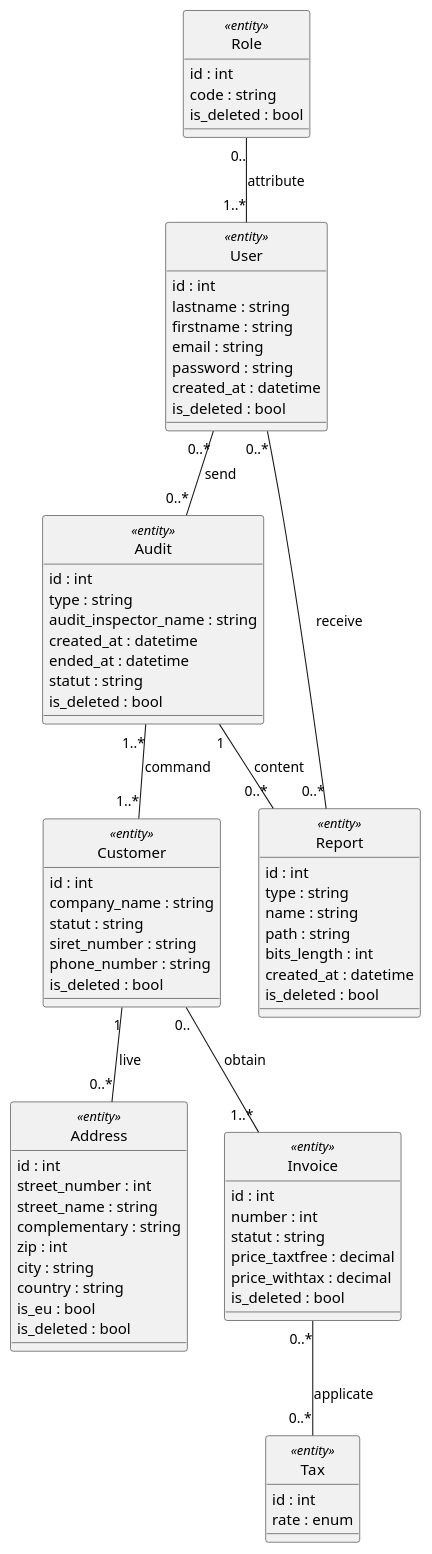
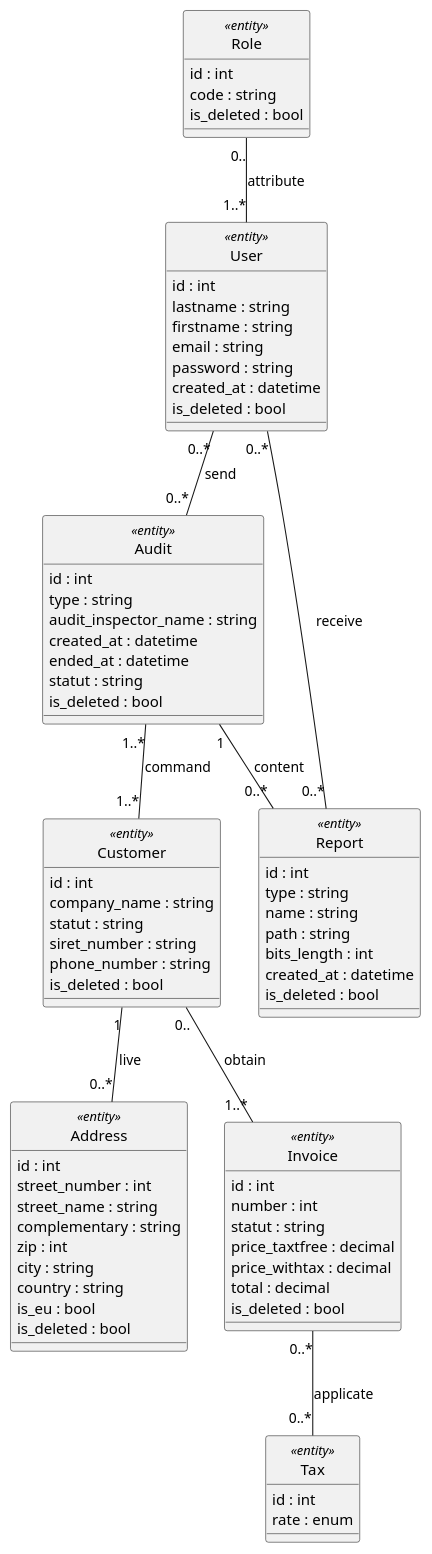
Before and after one commit to PatrickBevis/cassandra-project: the diagram in conception/casandrav1MCD.puml, drawn with PlantUML. The commit also changed 1 other file, not shown here.

```diff
--- a/conception/casandrav1MCD.puml
+++ b/conception/casandrav1MCD.puml
@@ -1,94 +1,95 @@
 @startuml Cassandra
 hide circle
 skinparam classAttributeIconSize 0
 
 
 ''''''''''Référentiels'''''''''
 
 class Role <<entity>> {
   id : int
   code : string
   is_deleted : bool
 }
 
 class User <<entity>> {
   id : int
   lastname : string
   firstname : string
   email : string
   password : string
   created_at : datetime
   is_deleted : bool
 }
 
 
 ''''''''''' Métier''''''''''
 
 class Address <<entity>> {
   id : int
   street_number : int
   street_name : string
   complementary : string
   zip : int
   city : string
   country : string
   is_eu : bool
   is_deleted : bool
 }
 
 class Customer <<entity>> {
   id : int
   company_name : string
   statut : string
   siret_number : string
   phone_number : string
   is_deleted : bool
 }
 
 class Invoice <<entity>> {
   id : int
   number : int
   statut : string
   price_taxtfree : decimal
   price_withtax : decimal
+  total : decimal
   is_deleted : bool
 }
 
 class Tax <<entity>> {
   id : int
   rate : enum
 }
 
 class Audit <<entity>> {
   id : int
   type : string
   audit_inspector_name : string
   created_at : datetime
   ended_at : datetime
   statut : string
   is_deleted : bool
 }
 
 class Report <<entity>> {
   id : int
   type : string
   name : string
   path : string
   bits_length : int
   created_at : datetime
   is_deleted : bool
 }
 
 
 '''''''''''''Relations'''''''''''''
 
 Role     "0.."   -- "1..*" User     : attribute
 User     "0..*"  -- "0..*" Audit    : send
 User     "0..*"  -- "0..*" Report   : receive
 Audit    "1"     -- "0..*" Report   : content
 Audit    "1..*"  -- "1..*" Customer : command
 Customer "1"     -- "0..*" Address  : live
 Customer "0.."   -- "1..*" Invoice  : obtain
 Invoice  "0..*"  -- "0..*" Tax      : applicate
 
 @enduml
```
